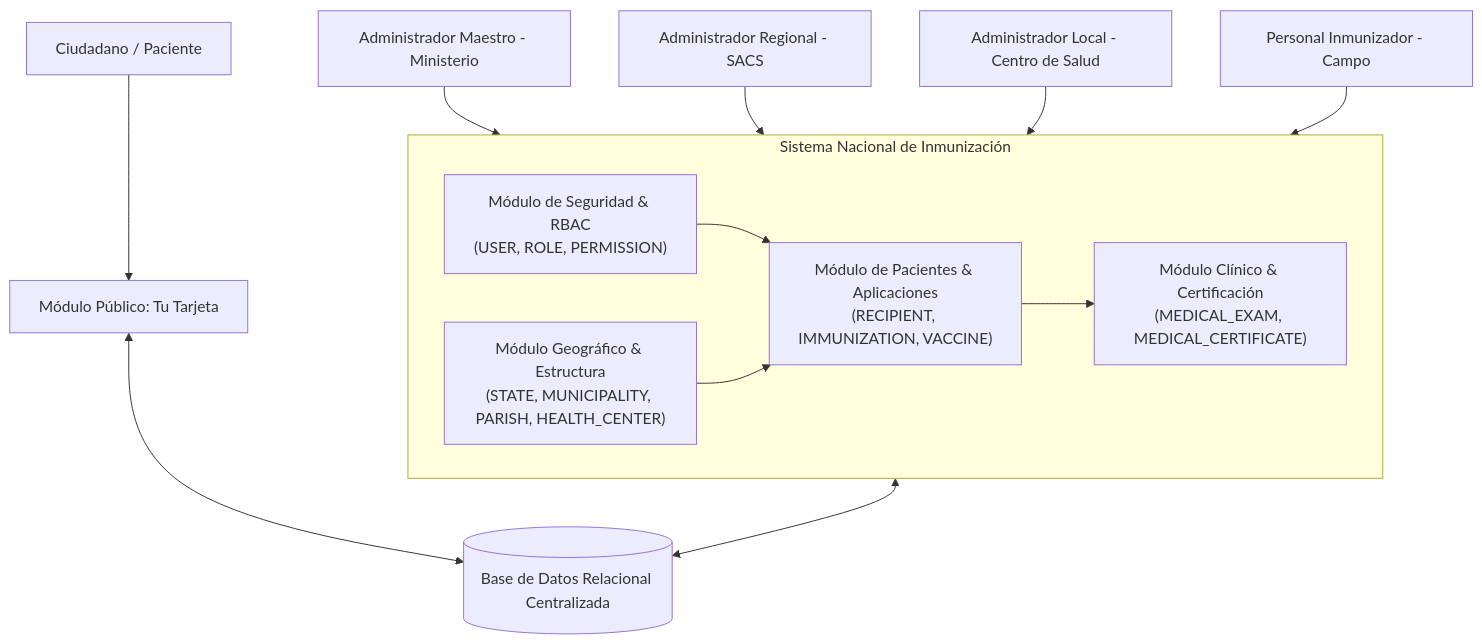
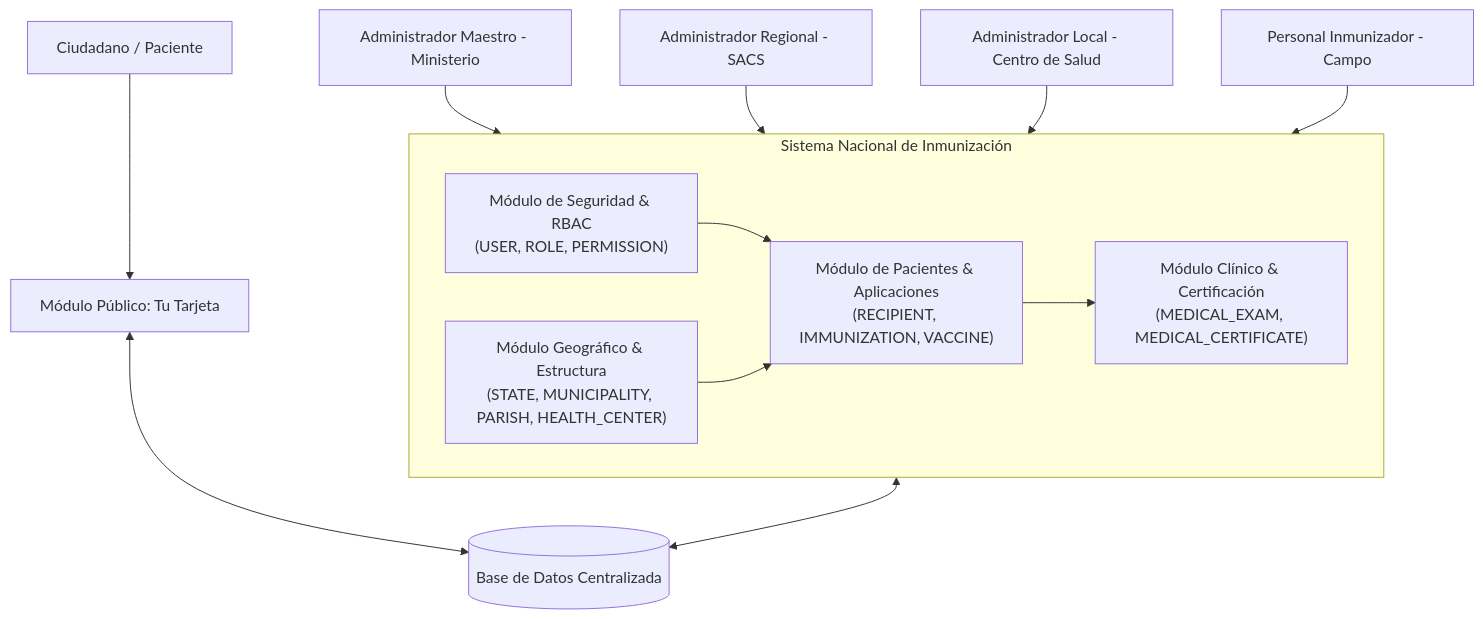
Before and after one commit to RicJDev/proyecto-programacion-iii: the first of 4 diagrams in docs/specs.md, drawn with Mermaid. The commit also changed other lines of this file and 35 other files, not shown here.

````diff
--- a/docs/specs.md
+++ b/docs/specs.md
@@ -60,26 +85,26 @@
 ```mermaid
 graph TD
     %% Usuarios y Roles
     AM[Administrador Maestro - Ministerio] --> System
     AR[Administrador Regional - SACS] --> System
     AL[Administrador Local - Centro de Salud] --> System
     PI[Personal Inmunizador - Campo] --> System
     CIU[Ciudadano / Paciente] --> TuTarjeta[Módulo Público: Tu Tarjeta]
 
     subgraph System["Sistema Nacional de Inmunización"]
         ModSec["Módulo de Seguridad & RBAC<br/>(USER, ROLE, PERMISSION)"]
         ModGeo["Módulo Geográfico & Estructura<br/>(STATE, MUNICIPALITY, PARISH, HEALTH_CENTER)"]
         ModPat["Módulo de Pacientes & Aplicaciones<br/>(RECIPIENT, IMMUNIZATION, VACCINE)"]
         ModCert["Módulo Clínico & Certificación<br/>(MEDICAL_EXAM, MEDICAL_CERTIFICATE)"]
     end
 
     %% Relaciones de módulos
     ModSec --> ModPat
     ModGeo --> ModPat
     ModPat --> ModCert
 
     %% Almacenamiento
-    System <--> DB[(Base de Datos Relacional Centralizada)]
+    System <--> DB[(Base de Datos Centralizada)]
     TuTarjeta <--> DB
 
 ```
````
